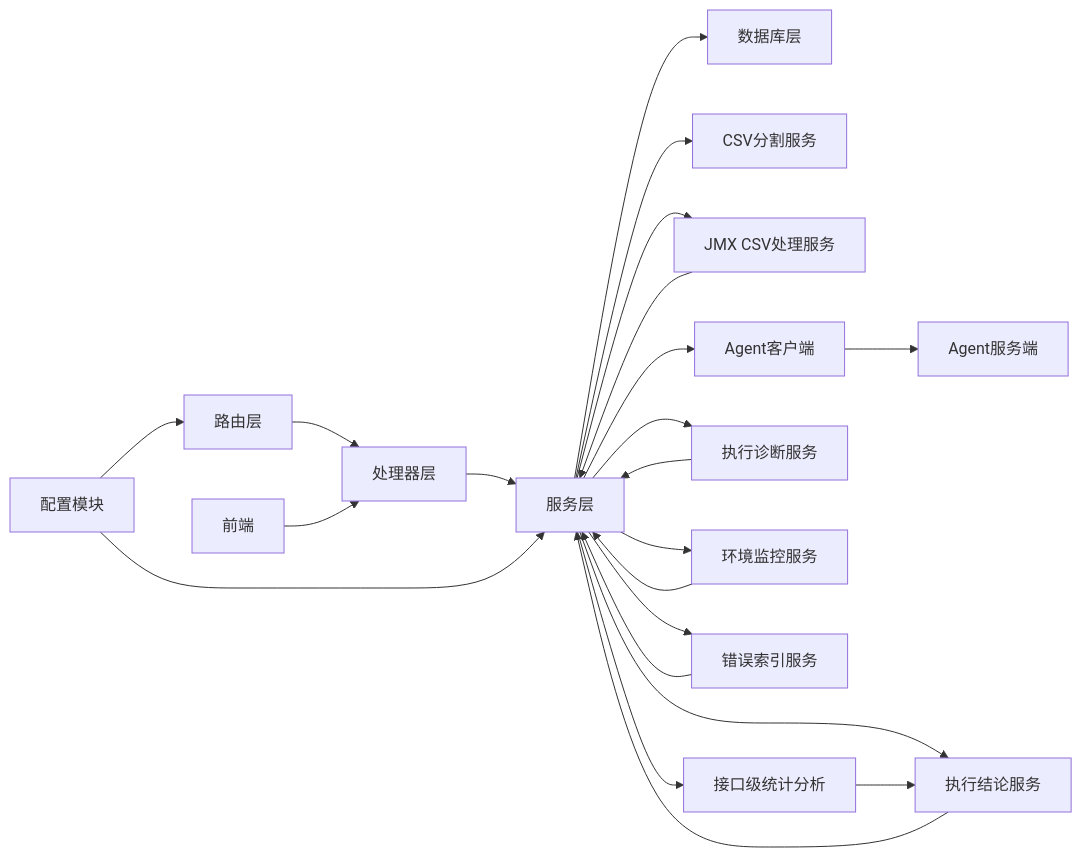
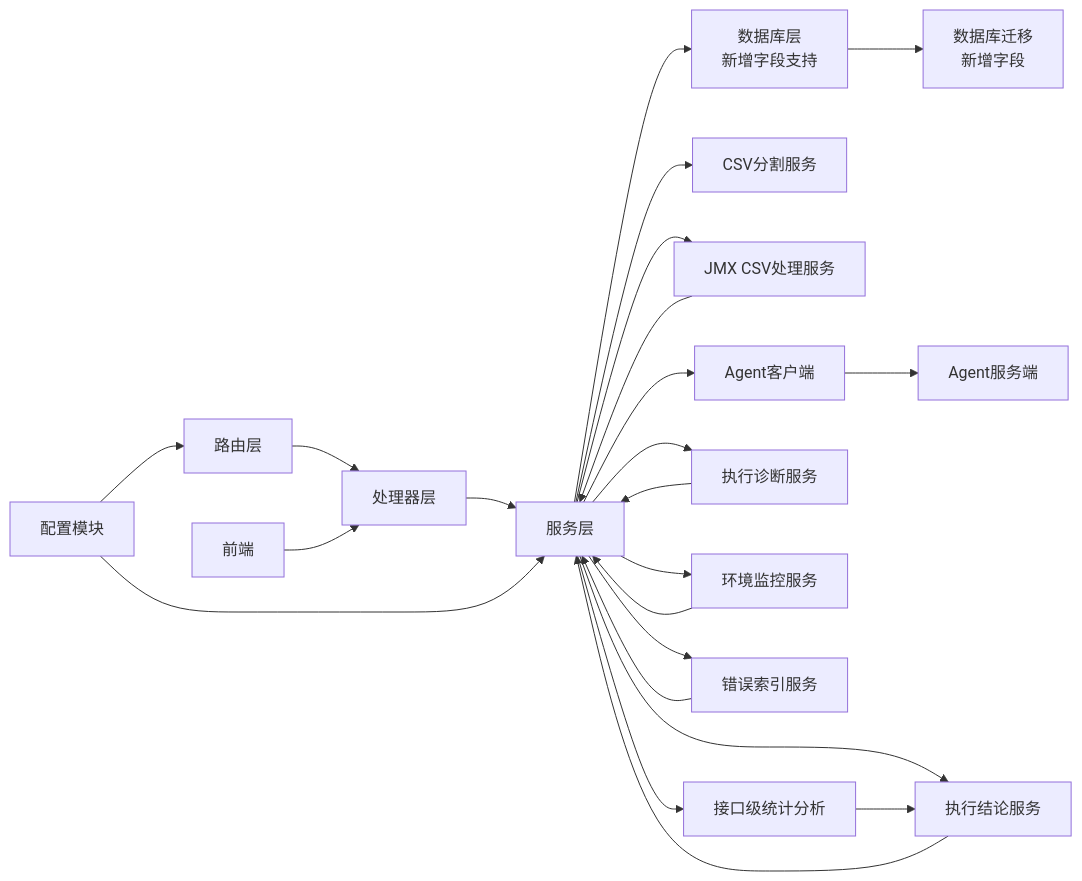
Diagram 12 of 12 in .qoder/repowiki/zh/content/核心业务模块/执行管理系统/执行管理系统.md (Liyuhao02/Jmeter-Admin), drawn with Mermaid before and after one commit. The commit also changed other lines of this file and 16 other files, not shown here.

````diff
--- a/.qoder/repowiki/zh/content/核心业务模块/执行管理系统/执行管理系统.md
+++ b/.qoder/repowiki/zh/content/核心业务模块/执行管理系统/执行管理系统.md
@@ -773,24 +630,25 @@
 ```mermaid
 graph LR
 Router["路由层"] --> Handler["处理器层"]
 Handler --> Service["服务层"]
-Service --> DB["数据库层"]
+Service --> DB["数据库层<br/>新增字段支持"]
 Frontend["前端"] --> Handler
 Config["配置模块"] --> Service
 Config --> Router
 Service --> CSVService["CSV分割服务"]
 Service --> JMXCSVService["JMX CSV处理服务"]
 Service --> AgentClient["Agent客户端"]
 Service --> DiagService["执行诊断服务"]
 Service --> EnvService["环境监控服务"]
 Service --> ErrorIdx["错误索引服务"]
 Service --> ConclService["执行结论服务"]
 AgentClient --> AgentServer["Agent服务端"]
 DiagService --> Service
 EnvService --> Service
 ErrorIdx --> Service
 ConclService --> Service
 JMXCSVService --> Service
 Service --> InterfaceAnalysis["接口级统计分析"]
 InterfaceAnalysis --> ConclService
+DB --> Migration["数据库迁移<br/>新增字段"]
 ```
````
